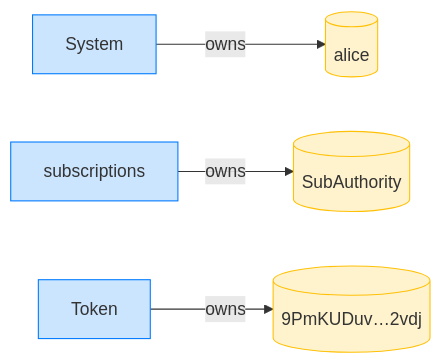
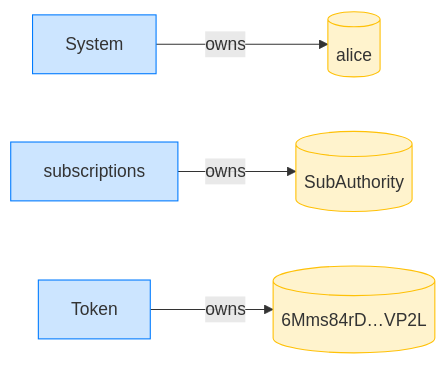
One commit to cds-rs/subscriptions changed the fourth of 12 diagrams in dsl_tests/a-sponsor-can-revoke-an-expired-fixed-delegation.md. Above: the diagram before and after it, drawn with Mermaid. The commit also changed other lines of this file and 224 other files, not shown here.

````diff
--- a/dsl_tests/a-sponsor-can-revoke-an-expired-fixed-delegation.md
+++ b/dsl_tests/a-sponsor-can-revoke-an-expired-fixed-delegation.md
@@ -71,14 +76,14 @@
 ```mermaid
 flowchart LR
     classDef owner fill:#cce5ff,stroke:#007bff;
     classDef account fill:#fff3cd,stroke:#ffc107;
     System[System]:::owner
     alice[(alice)]:::account
     subscriptions[subscriptions]:::owner
     SubAuthority[(SubAuthority)]:::account
     Token[Token]:::owner
-    9PmKUDuv_2vdj[("9PmKUDuv…2vdj")]:::account
+    6Mms84rD_VP2L[("6Mms84rD…VP2L")]:::account
     System -->|owns| alice
     subscriptions -->|owns| SubAuthority
-    Token -->|owns| 9PmKUDuv_2vdj
+    Token -->|owns| 6Mms84rD_VP2L
 ```
````
